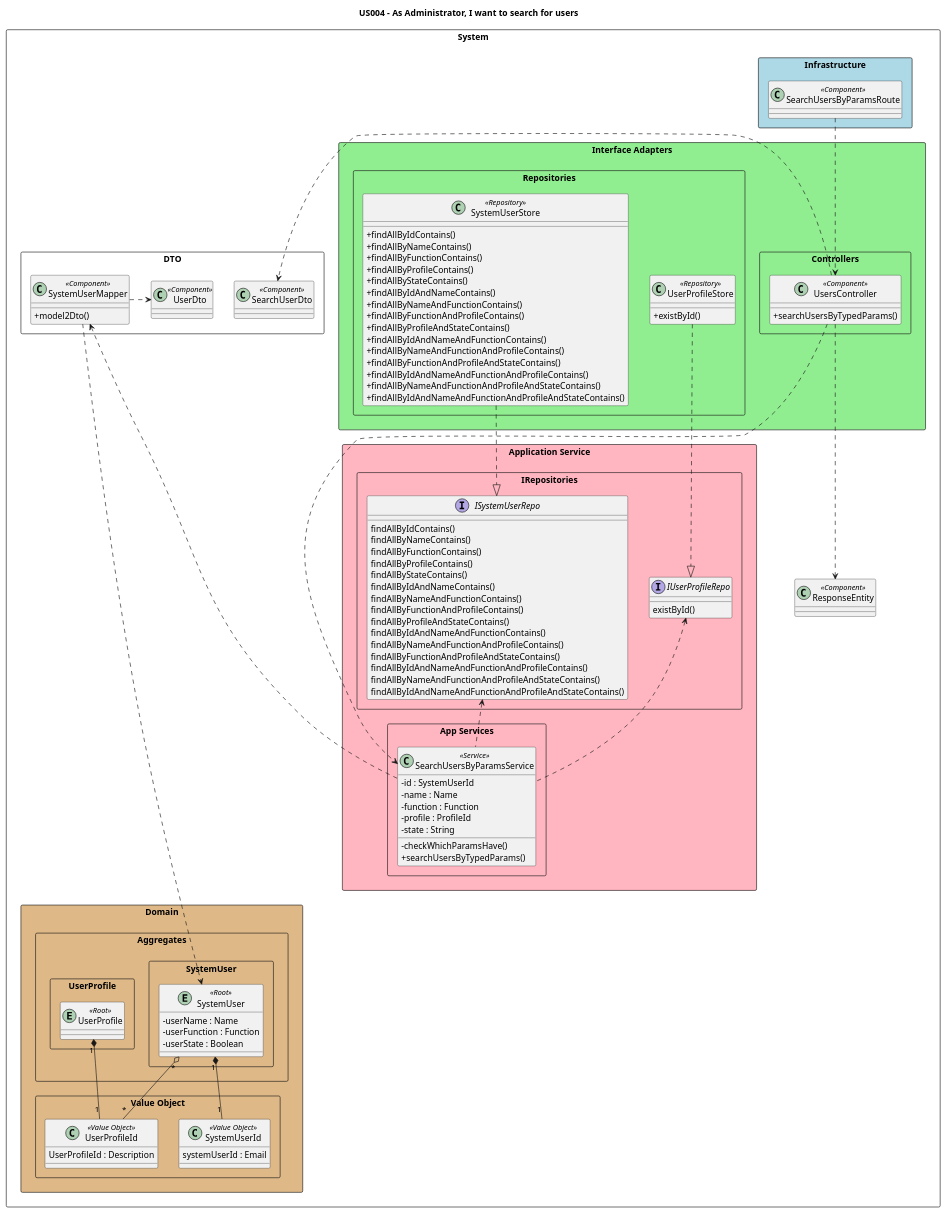
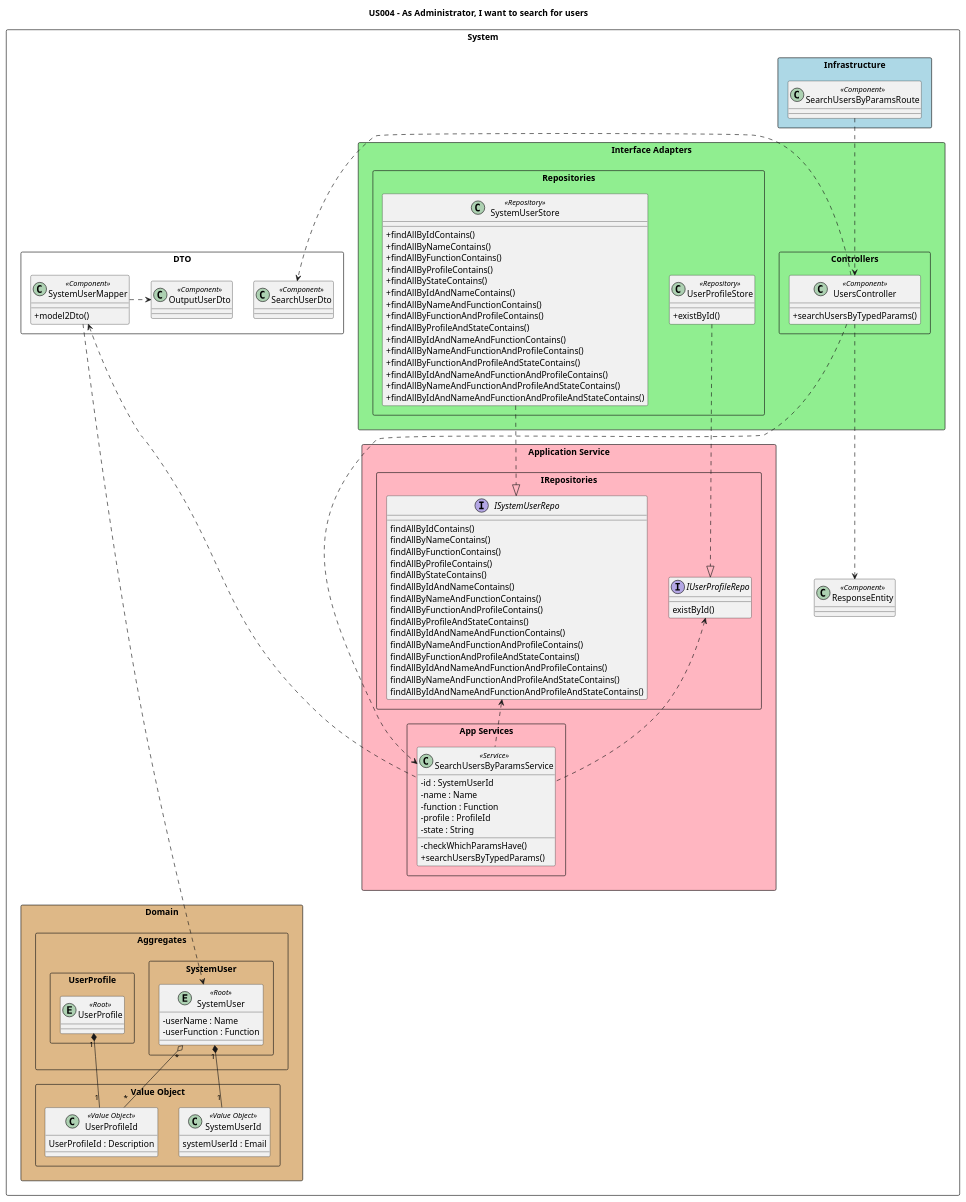
The diagram in docs/Sprint1/US004/US004-CD.puml (nunogon1211787/projectManagement), drawn with PlantUML before and after one commit. The commit also changed 28 other files, not shown here.

Commit message:
US004: Reengineering: update code to implement DDD, Onion Architecture, REST and Spring-Boot. resolve #203, resolve #204, resolve #205

```diff
--- a/docs/Sprint1/US004/US004-CD.puml
+++ b/docs/Sprint1/US004/US004-CD.puml
@@ -1,129 +1,128 @@
 @startuml
 'https://plantuml.com/class-diagram
 
 title US004 - As Administrator, I want to search for users
 
 skinparam classAttributeIconSize 0
 
 package "System" <<Rectangle>> {
 
 package "Infrastructure" <<Rectangle>> #lightblue  {
 class "SearchUsersByParamsRoute" as route << Component >>
 }
 
 package "Interface Adapters" <<Rectangle>> #lightgreen {
 package "Controllers" <<rectangle>>{
 class "UsersController" as ctrl << Component >> {
 +searchUsersByTypedParams()
 }
 }
 
 package "Repositories" <<rectangle>>{
 class "SystemUserStore" as store << Repository >> {
 +findAllByIdContains()
 +findAllByNameContains()
 +findAllByFunctionContains()
 +findAllByProfileContains()
 +findAllByStateContains()
 +findAllByIdAndNameContains()
 +findAllByNameAndFunctionContains()
 +findAllByFunctionAndProfileContains()
 +findAllByProfileAndStateContains()
 +findAllByIdAndNameAndFunctionContains()
 +findAllByNameAndFunctionAndProfileContains()
 +findAllByFunctionAndProfileAndStateContains()
 +findAllByIdAndNameAndFunctionAndProfileContains()
 +findAllByNameAndFunctionAndProfileAndStateContains()
 +findAllByIdAndNameAndFunctionAndProfileAndStateContains()
 }
 class "UserProfileStore" as uPStore << Repository >> {
 +existById()
 }
 }
 }
 
 package "Application Service" <<Rectangle>> #lightpink{
 package "App Services" <<rectangle>>{
 class "SearchUsersByParamsService" as srv << Service >> {
 -id : SystemUserId
 -name : Name
 -function : Function
 -profile : ProfileId
 -state : String
 -checkWhichParamsHave()
 +searchUsersByTypedParams()
 }
 }
 package "IRepositories" <<rectangle>>{
 interface "ISystemUserRepo" as repo{
 findAllByIdContains()
 findAllByNameContains()
 findAllByFunctionContains()
 findAllByProfileContains()
 findAllByStateContains()
 findAllByIdAndNameContains()
 findAllByNameAndFunctionContains()
 findAllByFunctionAndProfileContains()
 findAllByProfileAndStateContains()
 findAllByIdAndNameAndFunctionContains()
 findAllByNameAndFunctionAndProfileContains()
 findAllByFunctionAndProfileAndStateContains()
 findAllByIdAndNameAndFunctionAndProfileContains()
 findAllByNameAndFunctionAndProfileAndStateContains()
 findAllByIdAndNameAndFunctionAndProfileAndStateContains()
 }
 interface "IUserProfileRepo" as uPRepo{
 existById()
 }
 }
 }
 
 package "Domain" <<Rectangle>> #burlywood{
 package "Aggregates" <<rectangle>>{
 package "SystemUser" <<Rectangle>>{
 entity "SystemUser" as user << Root >> {
 -userName : Name
 -userFunction : Function
--userState : Boolean
 }
 }
 package "UserProfile" <<Rectangle>>{
 entity "UserProfile" as profile << Root >>
 }
 }
 package "Value Object" <<rectangle>>{
 class "SystemUserId" as uId << Value Object >> {
 systemUserId : Email
 }
 class "UserProfileId" as uPId << Value Object >> {
 UserProfileId : Description
 }
 }
 }
 
 package "DTO" <<rectangle>>{
 class "SystemUserMapper" as map <<Component>> {
 + model2Dto()
 }
 class "SearchUserDto" as dataDto <<Component>>
-class "UserDto" as dto <<Component>>
+class "OutputUserDto" as dto <<Component>>
 }
 class "ResponseEntity" as json <<Component>>
 }
 
 route .d.> ctrl
 ctrl .d..> srv
 srv .u.> repo
 srv .u.> uPRepo
 repo <|.u. store
 uPRepo <|.u. uPStore
 user "1"*-d-"1" uId
 user "*" o-d- "*" uPId
 profile "1"*-d-"1" uPId
 ctrl .r.> dataDto
 ctrl ..> json
 srv .u.> map
 map .r.> dto
 map ....> user
 
 @enduml
```
